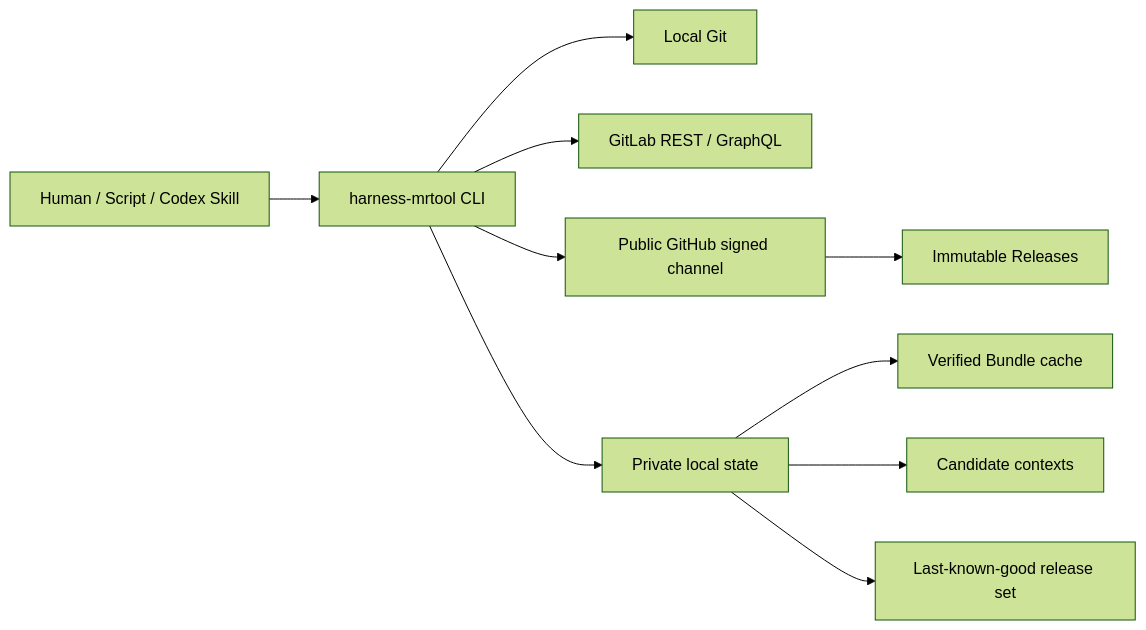
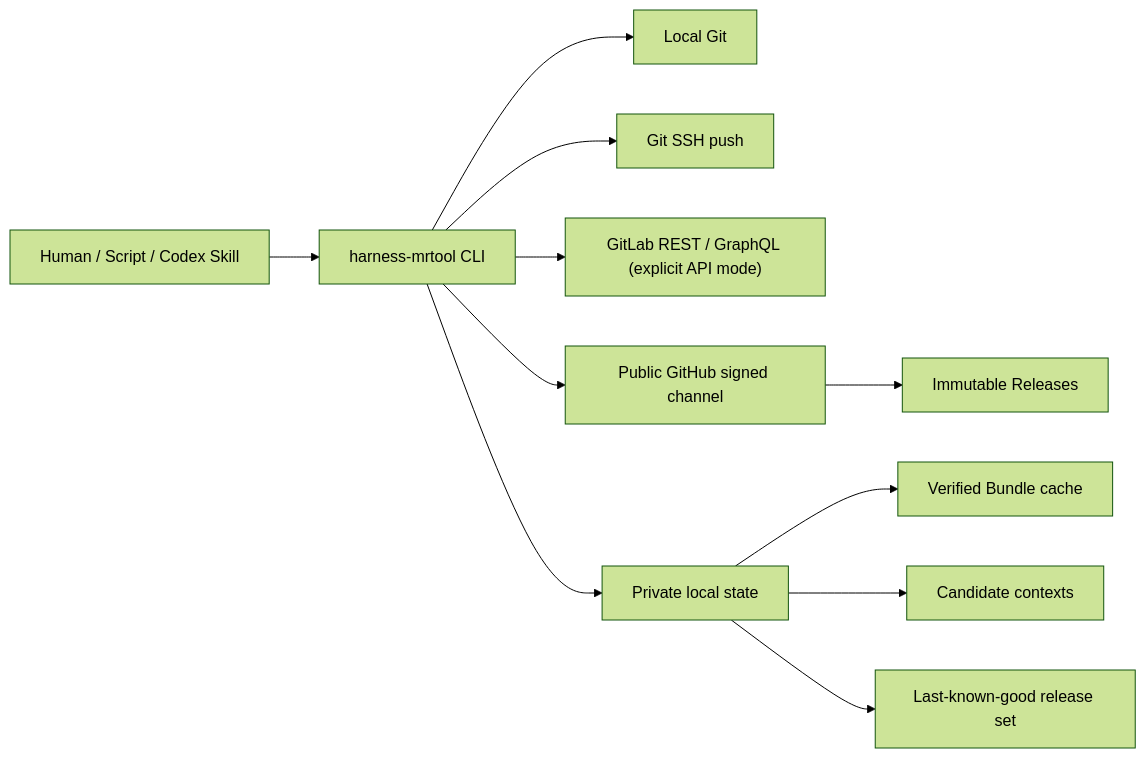
The first of 2 diagrams in docs/architecture/harness-mrtool-architecture.md (chengcheng93/harness-mrtool), drawn with Mermaid (forest theme) before and after one commit. The commit also changed other lines of this file and 20 other files, not shown here.

Commit message:
feat: make Codex MR flow SSH-first

````diff
--- a/docs/architecture/harness-mrtool-architecture.md
+++ b/docs/architecture/harness-mrtool-architecture.md
@@ -43,12 +44,13 @@
 ```mermaid
 flowchart LR
     U["Human / Script / Codex Skill"] --> C["harness-mrtool CLI"]
     C --> G["Local Git"]
-    C --> L["GitLab REST / GraphQL"]
+    C --> GIT["Git SSH push"]
+    C --> L["GitLab REST / GraphQL (explicit API mode)"]
     C --> H["Public GitHub signed channel"]
     H --> R["Immutable Releases"]
     C --> S["Private local state"]
     S --> B["Verified Bundle cache"]
     S --> X["Candidate contexts"]
     S --> K["Last-known-good release set"]
 ```
````
